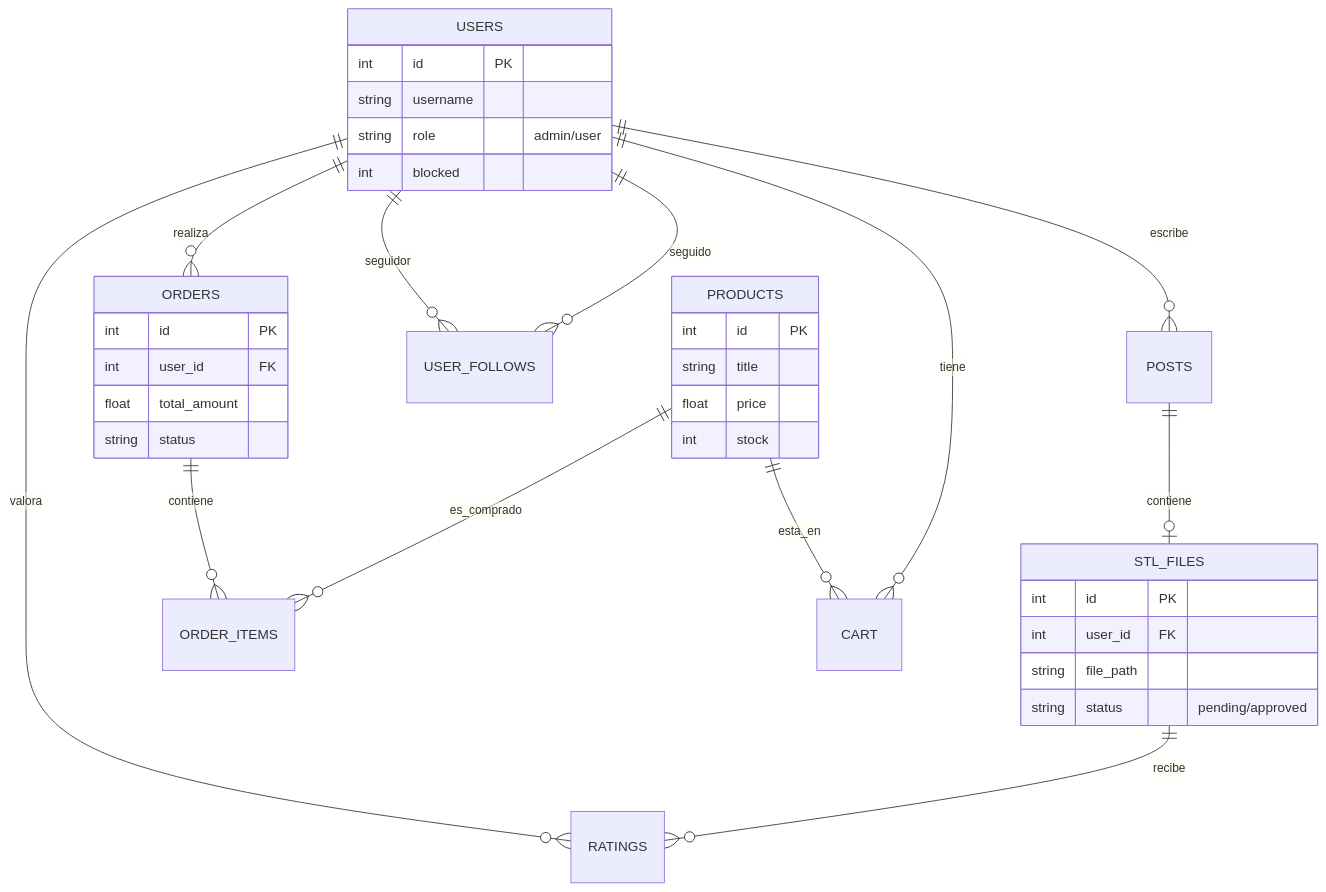
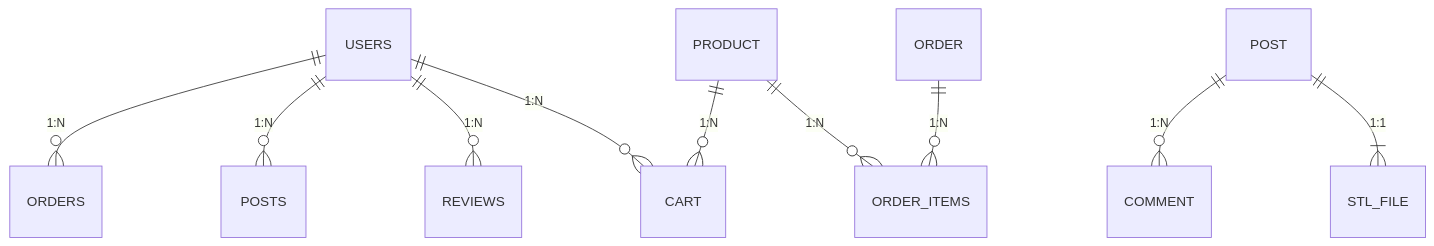
Before and after one commit to nereafernandez-ASIR/PROYECTOWEB: the diagram in docs/database.md, drawn with Mermaid. The commit also changed other lines of this file and 8 other files, not shown here.

Commit message:
docs: huge update to technical memory (client/admin features, db schema, architecture)

````diff
--- a/docs/database.md
+++ b/docs/database.md
@@ -9,39 +9,12 @@
 ```mermaid
 erDiagram
-    USERS ||--o{ POSTS : escribe
-    USERS ||--o{ ORDERS : realiza
-    USERS ||--o{ USER_FOLLOWS : seguidor
-    USERS ||--o{ USER_FOLLOWS : seguido
-    POSTS ||--o| STL_FILES : contiene
-    USERS ||--o{ RATINGS : valora
-    STL_FILES ||--o{ RATINGS : recibe
-    ORDERS ||--o{ ORDER_ITEMS : contiene
-    PRODUCTS ||--o{ ORDER_ITEMS : es_comprado
-    PRODUCTS ||--o{ CART : esta_en
-    USERS ||--o{ CART : tiene
-
-    USERS {
-        int id PK
-        string username
-        string role "admin/user"
-        int blocked
-    }
-    PRODUCTS {
-        int id PK
-        string title
-        float price
-        int stock
-    }
-    STL_FILES {
-        int id PK
-        int user_id FK
-        string file_path
-        string status "pending/approved"
-    }
-    ORDERS {
-        int id PK
-        int user_id FK
-        float total_amount
-        string status
-    }
+    USERS ||--o{ ORDERS : "1:N"
+    USERS ||--o{ POSTS : "1:N"
+    USERS ||--o{ REVIEWS : "1:N"
+    USERS ||--o{ CART : "1:N"
+    PRODUCT ||--o{ ORDER_ITEMS : "1:N"
+    PRODUCT ||--o{ CART : "1:N"
+    ORDER ||--o{ ORDER_ITEMS : "1:N"
+    POST ||--o{ COMMENT : "1:N"
+    POST ||--|{ STL_FILE : "1:1"
 ```
````
